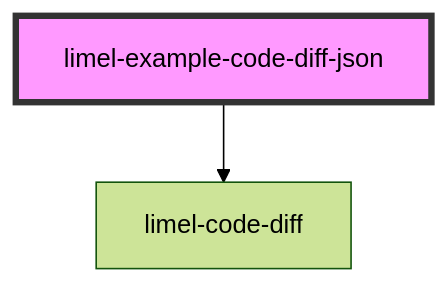
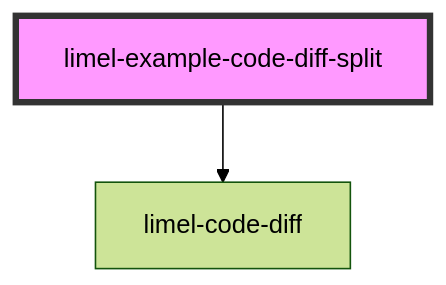
Before and after one commit to Lundalogik/lime-elements: the diagram in versions/PR-3949/markdown-docs/components/code-diff/examples/readme.md, drawn with Mermaid (forest theme). The commit also changed other lines of this file and 391 other files, not shown here.

````diff
--- a/versions/PR-3949/markdown-docs/components/code-diff/examples/readme.md
+++ b/versions/PR-3949/markdown-docs/components/code-diff/examples/readme.md
@@ -24,5 +21,5 @@
 ```mermaid
 graph TD;
-  limel-example-code-diff-json --> limel-code-diff
-  style limel-example-code-diff-json fill:#f9f,stroke:#333,stroke-width:4px
+  limel-example-code-diff-split --> limel-code-diff
+  style limel-example-code-diff-split fill:#f9f,stroke:#333,stroke-width:4px
 ```
````
